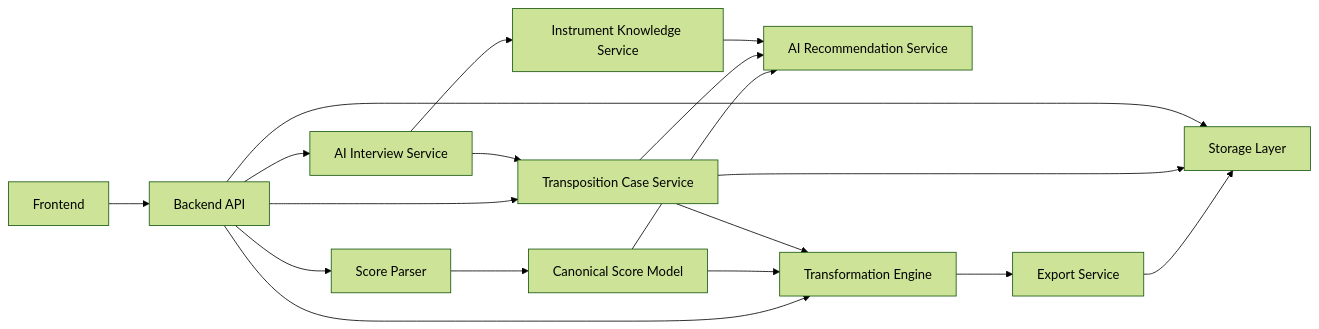
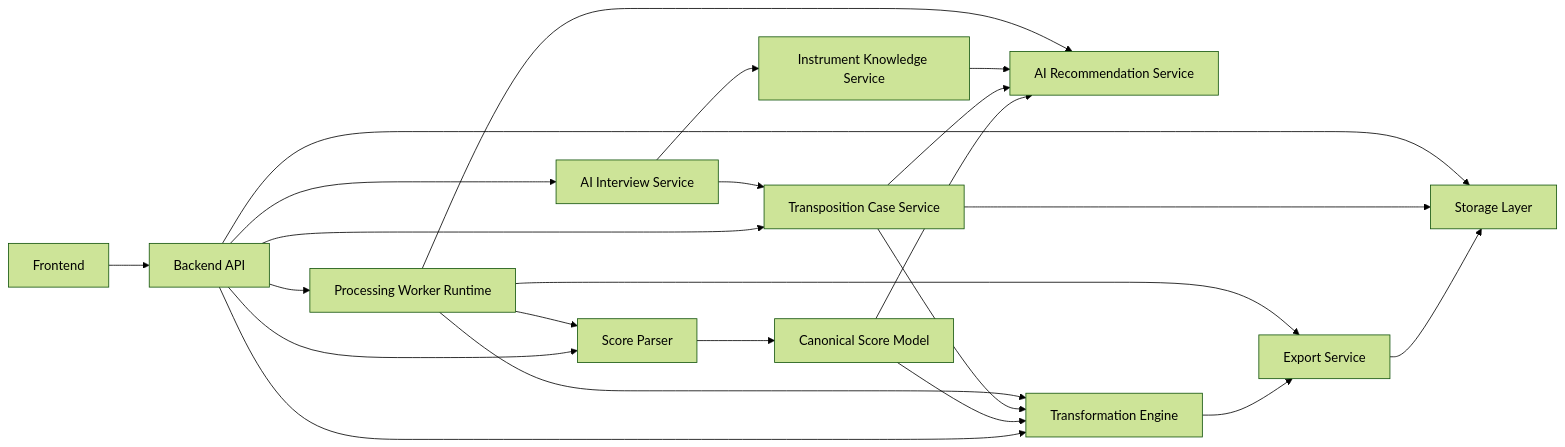
One commit to AnaKies/music-app changed the diagram in docs/architecture/module-design.md. Above: the diagram before and after it, drawn with Mermaid (forest theme). The commit also changed other lines of this file and 14 other files, not shown here.

Commit message:
docs: align AI, frontend, and backend plans with architecture

````diff
--- a/docs/architecture/module-design.md
+++ b/docs/architecture/module-design.md
@@ -13,20 +13,25 @@
 ```mermaid
 flowchart LR
     FE[Frontend] --> API[Backend API]
     API --> CASE[Transposition Case Service]
     API --> PARSER[Score Parser]
+    API --> JOBS[Processing Worker Runtime]
     PARSER --> CSM[Canonical Score Model]
     API --> AIQ[AI Interview Service]
     AIQ --> CASE
     AIQ --> IKS[Instrument Knowledge Service]
     CSM --> AIR[AI Recommendation Service]
     CASE --> AIR
     IKS --> AIR
     API --> TX[Transformation Engine]
+    JOBS --> PARSER
+    JOBS --> AIR
     CSM --> TX
     CASE --> TX
+    JOBS --> TX
     TX --> EXPORT[Export Service]
+    JOBS --> EXPORT
     EXPORT --> STORE[Storage Layer]
     CASE --> STORE
     API --> STORE
 ```
````
